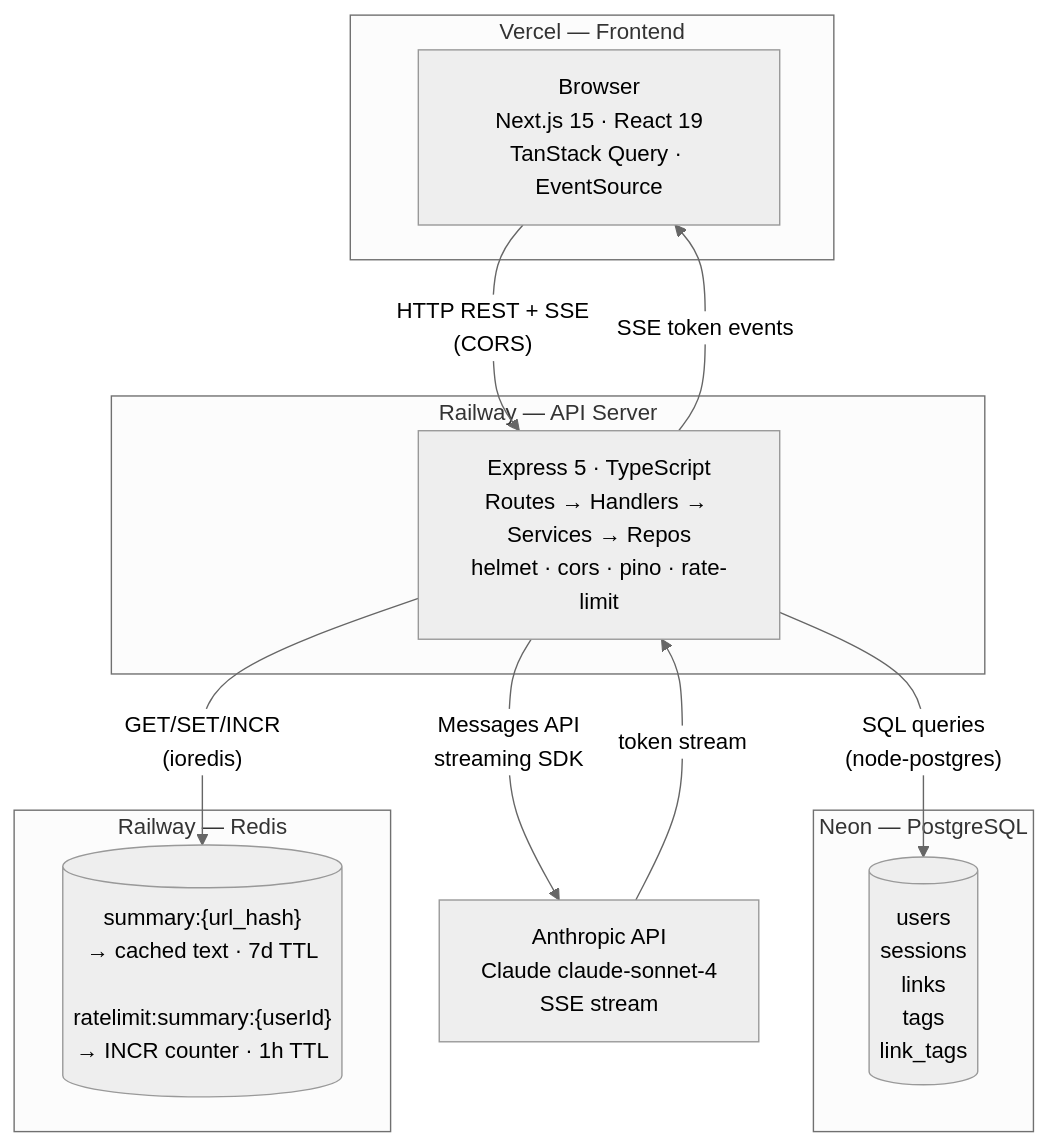
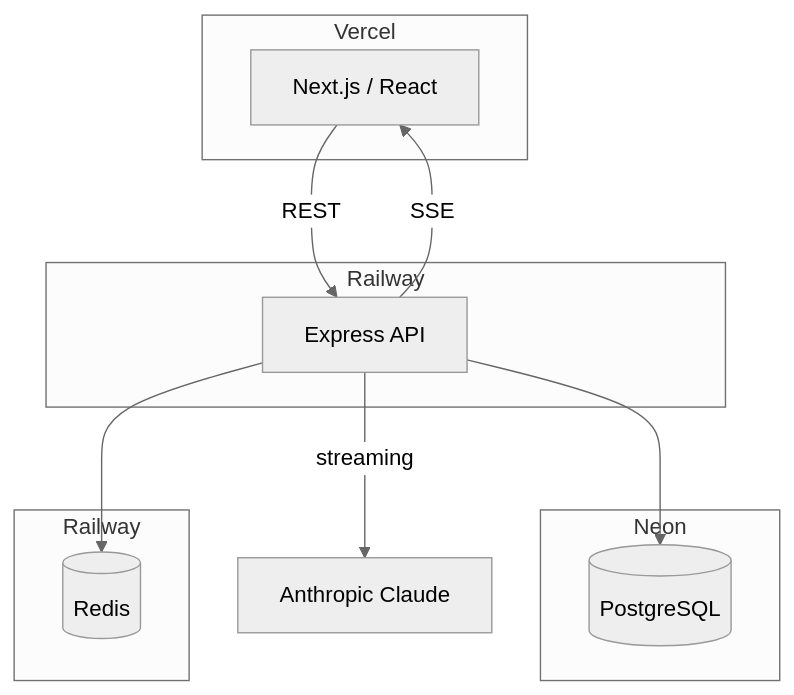
The diagram in docs/TECHNICAL_OVERVIEW.md (nullvoidundefined/link-saver-ai), drawn with Mermaid (neutral theme) before and after one commit.

Commit message:
docs: simplify architecture diagram — remove noisy labels and detail

````diff
--- a/docs/TECHNICAL_OVERVIEW.md
+++ b/docs/TECHNICAL_OVERVIEW.md
@@ -34,27 +34,26 @@
 ```mermaid
 graph TB
-    subgraph Vercel["Vercel — Frontend"]
-        Browser["Browser\nNext.js 15 · React 19\nTanStack Query · EventSource"]
+    subgraph Vercel["Vercel"]
+        Browser["Next.js / React"]
     end
 
-    subgraph Railway["Railway — API Server"]
-        API["Express 5 · TypeScript\nRoutes → Handlers → Services → Repos\nhelmet · cors · pino · rate-limit"]
+    subgraph RailwayAPI["Railway"]
+        API["Express API"]
     end
 
-    subgraph Neon["Neon — PostgreSQL"]
-        DB[("users\nsessions\nlinks\ntags\nlink_tags")]
+    subgraph Neon["Neon"]
+        DB[("PostgreSQL")]
     end
 
-    subgraph RedisHost["Railway — Redis"]
-        Redis[("summary:{url_hash}\n→ cached text · 7d TTL\n\nratelimit:summary:{userId}\n→ INCR counter · 1h TTL")]
+    subgraph RailwayRedis["Railway"]
+        Redis[("Redis")]
     end
 
-    Anthropic["Anthropic API\nClaude claude-sonnet-4\nSSE stream"]
+    Anthropic["Anthropic Claude"]
 
-    Browser -- "HTTP REST + SSE\n(CORS)" --> API
-    API -- "SQL queries\n(node-postgres)" --> DB
-    API -- "GET/SET/INCR\n(ioredis)" --> Redis
-    API -- "Messages API\nstreaming SDK" --> Anthropic
-    Anthropic -- "token stream" --> API
-    API -- "SSE token events" --> Browser
+    Browser -- "REST" --> API
+    API -- "SSE" --> Browser
+    API --> DB
+    API --> Redis
+    API -- "streaming" --> Anthropic
 ```
````
